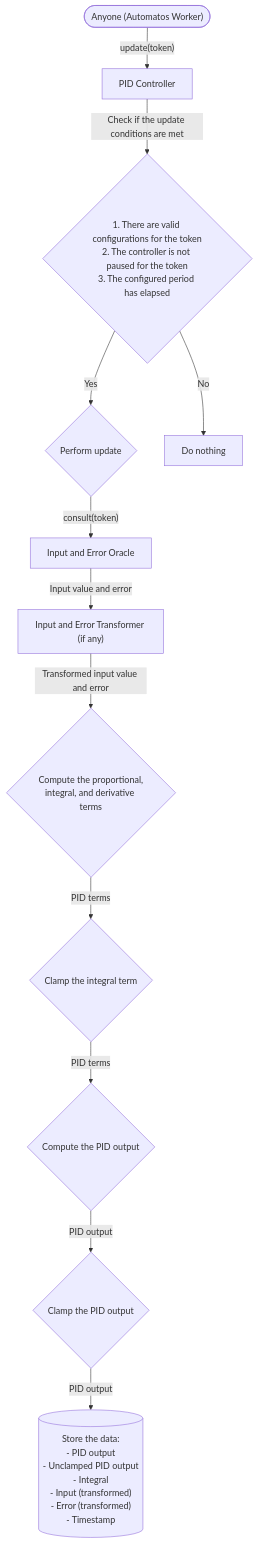
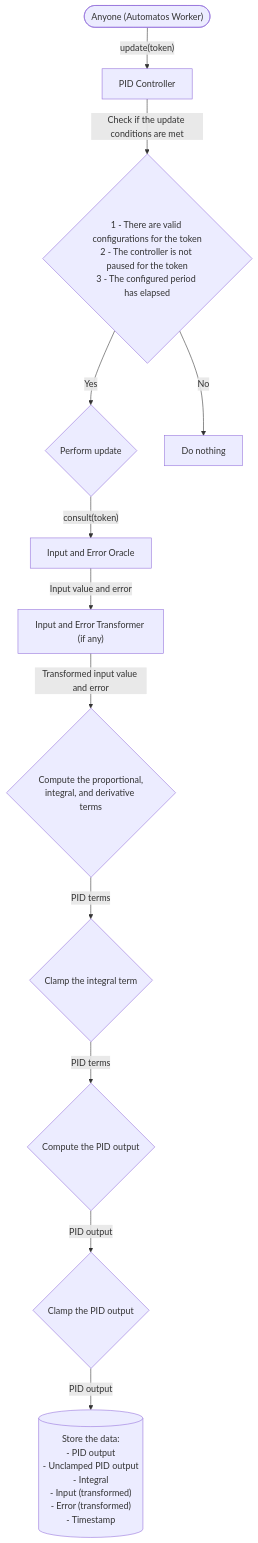
Before and after one commit to adrastia-oracle/adrastia-docs: the first of 3 diagrams in content/prudentia/controllers/pid-controller.mdx, drawn with Mermaid. The commit also changed other lines of this file, not shown here.

Commit message:
Fix lists in Mermaid diagrams

````diff
--- a/content/prudentia/controllers/pid-controller.mdx
+++ b/content/prudentia/controllers/pid-controller.mdx
@@ -73,14 +73,14 @@
 ```mermaid
 flowchart TB
     A(["Anyone (Automatos Worker)"]) -- "update(token)" --> B["PID Controller"]
-    B  -- Check if the update conditions are met --> M{"1. There are valid configurations for the token\n2. The controller is not paused for the token\n3. The configured period has elapsed"}
+    B  -- Check if the update conditions are met --> M{"1 - There are valid configurations for the token<br>2 - The controller is not paused for the token<br>3 - The configured period has elapsed"}
     M -- Yes --> N{"Perform update"}
     M -- No --> O["Do nothing"]
     N -- "consult(token)" --> C["Input and Error Oracle"]
     C -- Input value and error --> E["Input and Error Transformer (if any)"]
     E -- Transformed input value and error --> F{"Compute the proportional,\nintegral, and derivative terms"}
     F -- PID terms --> G{"Clamp the integral term"}
     G -- PID terms --> H{"Compute the PID output"}
     H -- PID output --> I{"Clamp the PID output"}
-    I -- PID output --> J[("Store the data:\n - PID output\n - Unclamped PID output\n - Integral\n - Input (transformed)\n - Error (transformed)\n - Timestamp")]
+    I -- PID output --> J[("Store the data:<br>- PID output<br>- Unclamped PID output<br>- Integral<br>- Input (transformed)<br>- Error (transformed)<br>- Timestamp")]
 ```
````
